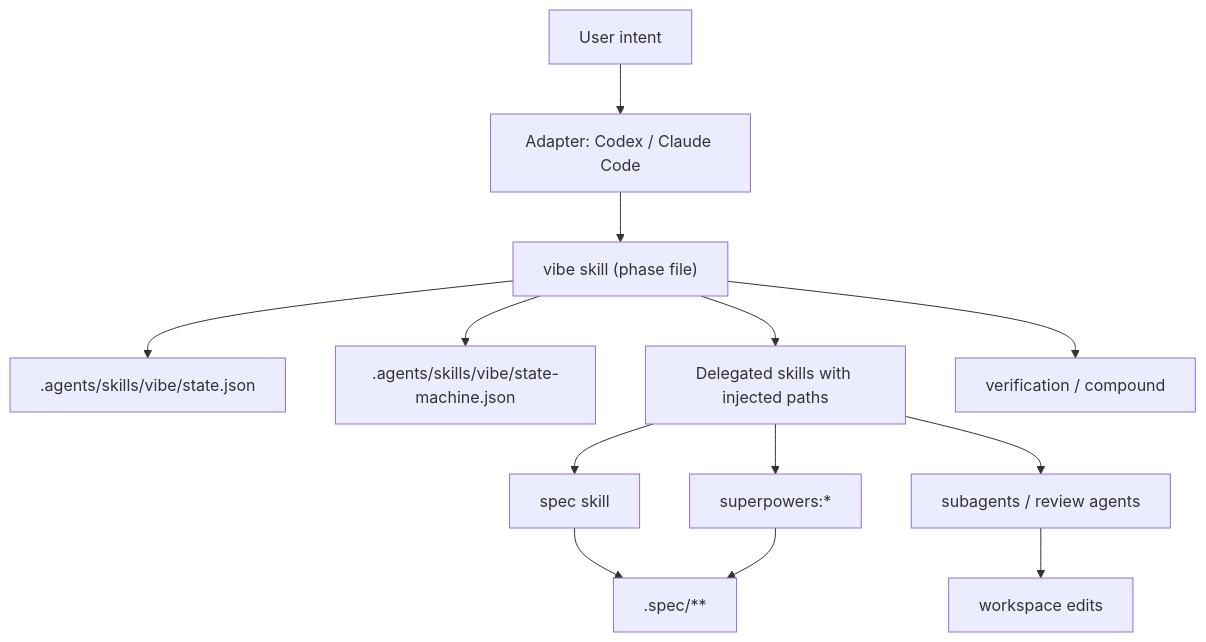
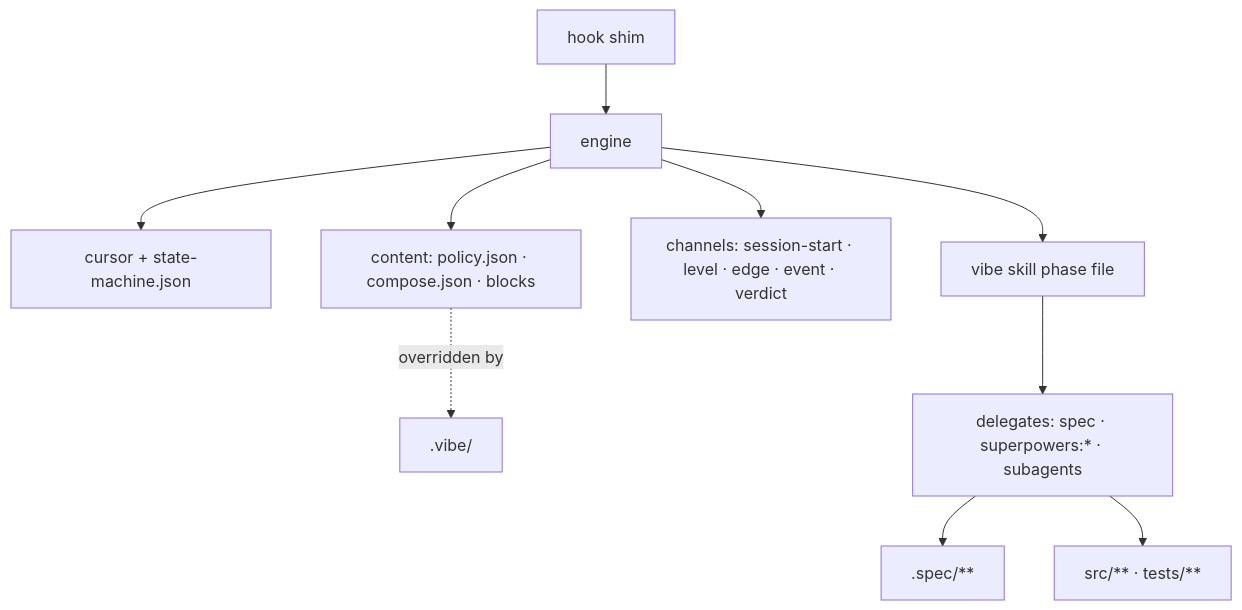
The diagram in .spec/tech.md (LennardZuendorf/vibe), drawn with Mermaid before and after one commit. The commit also changed other lines of this file and 95 other files, not shown here.

````diff
--- a/.spec/tech.md
+++ b/.spec/tech.md
@@ -35,15 +43,12 @@
 ```mermaid
 flowchart TD
-  U["User intent"] --> A["Adapter: Codex / Claude Code"]
-  A --> K["vibe skill (phase file)"]
-  K --> F[".agents/skills/vibe/state.json"]
-  K --> M[".agents/skills/vibe/state-machine.json"]
-  K --> D["Delegated skills with injected paths"]
-  D --> S["spec skill"]
-  D --> P["superpowers:*"]
-  D --> G["subagents / review agents"]
-  S --> SPEC[".spec/**"]
-  P --> SPEC
-  G --> SRC["workspace edits"]
-  K --> V["verification / compound"]
+  H["hook shim"] --> E["engine"]
+  E --> C["cursor + state-machine.json"]
+  E --> N["content: policy.json · compose.json · blocks"]
+  N -. overridden by .-> O[".vibe/"]
+  E --> INJ["channels: session-start · level · edge · event · verdict"]
+  E --> K["vibe skill phase file"]
+  K --> D["delegates: spec · superpowers:* · subagents"]
+  D --> SPEC[".spec/**"]
+  D --> SRC["src/** · tests/**"]
 ```
````
